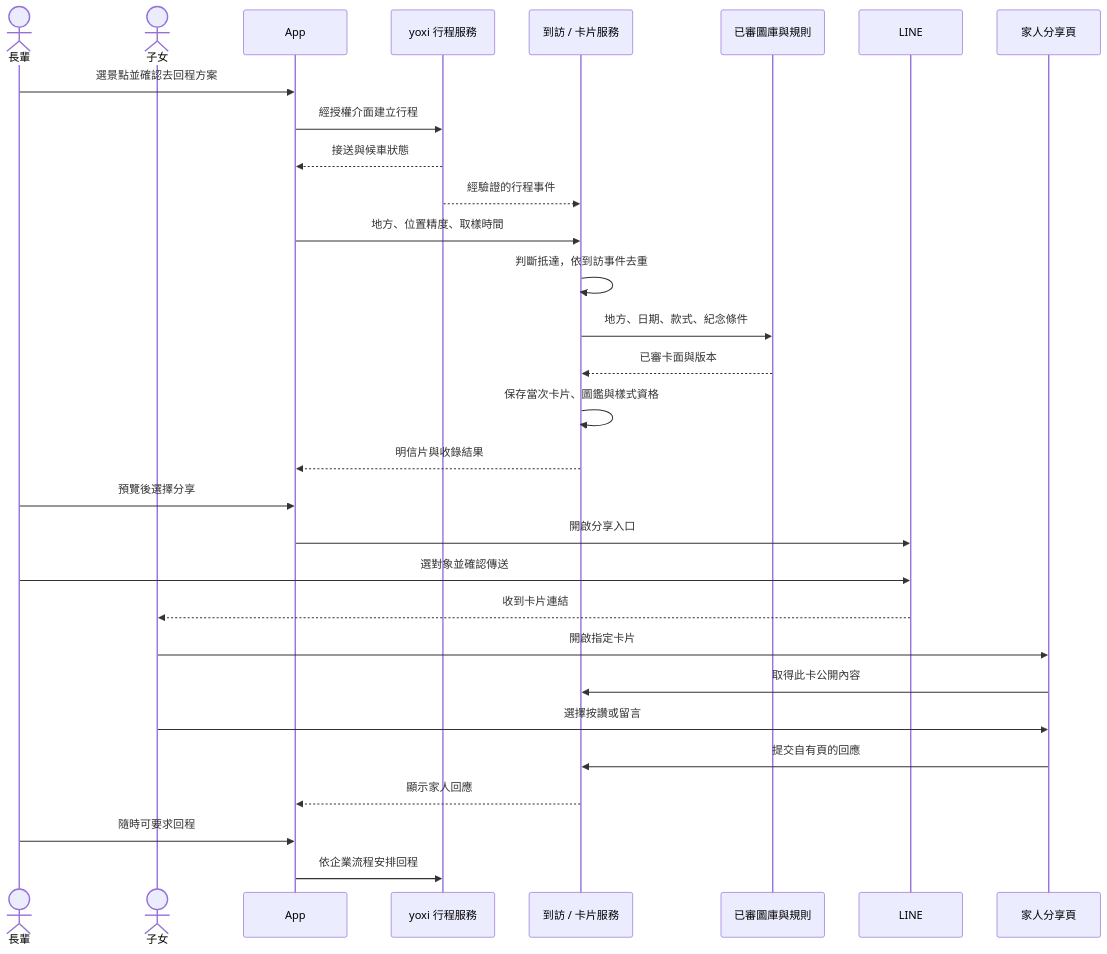
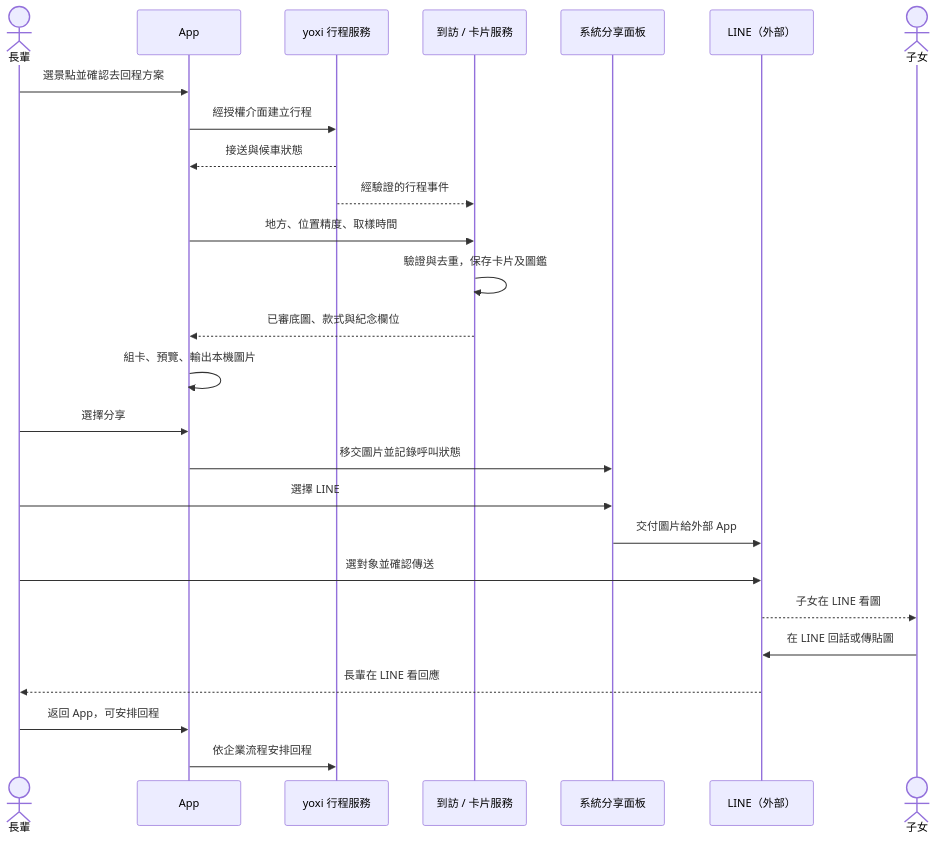
Before and after one commit to Ricky610329/Yoxi_app_design: the third of 3 diagrams in pitch/writing/02-flow-design.md, drawn with Mermaid. The commit also changed other lines of this file and 22 other files, not shown here.

Commit message:
docs: 釐清 LINE 外部分享邊界並補齊 Expo 技術棧圖解

````diff
--- a/pitch/writing/02-flow-design.md
+++ b/pitch/writing/02-flow-design.md
@@ -71,32 +111,28 @@
 ```mermaid
 sequenceDiagram
   actor U as 長輩
-  actor C as 子女
   participant A as App
   participant Y as yoxi 行程服務
   participant V as 到訪 / 卡片服務
-  participant P as 已審圖庫與規則
-  participant L as LINE
-  participant F as 家人分享頁
+  participant O as 系統分享面板
+  participant L as LINE（外部）
+  actor C as 子女
   U->>A: 選景點並確認去回程方案
   A->>Y: 經授權介面建立行程
   Y-->>A: 接送與候車狀態
   Y-->>V: 經驗證的行程事件
   A->>V: 地方、位置精度、取樣時間
-  V->>V: 判斷抵達，依到訪事件去重
-  V->>P: 地方、日期、款式、紀念條件
-  P-->>V: 已審卡面與版本
-  V->>V: 保存當次卡片、圖鑑與樣式資格
-  V-->>A: 明信片與收錄結果
-  U->>A: 預覽後選擇分享
-  A->>L: 開啟分享入口
+  V->>V: 驗證與去重，保存卡片及圖鑑
+  V-->>A: 已審底圖、款式與紀念欄位
+  A->>A: 組卡、預覽、輸出本機圖片
+  U->>A: 選擇分享
+  A->>O: 移交圖片並記錄呼叫狀態
+  U->>O: 選擇 LINE
+  O->>L: 交付圖片給外部 App
   U->>L: 選對象並確認傳送
-  L-->>C: 收到卡片連結
-  C->>F: 開啟指定卡片
-  F->>V: 取得此卡公開內容
-  C->>F: 選擇按讚或留言
-  F->>V: 提交自有頁的回應
-  V-->>A: 顯示家人回應
-  U->>A: 隨時可要求回程
+  L-->>C: 子女在 LINE 看圖
+  C->>L: 在 LINE 回話或傳貼圖
+  L-->>U: 長輩在 LINE 看回應
+  U->>A: 返回 App，可安排回程
   A->>Y: 依企業流程安排回程
 ```
````
